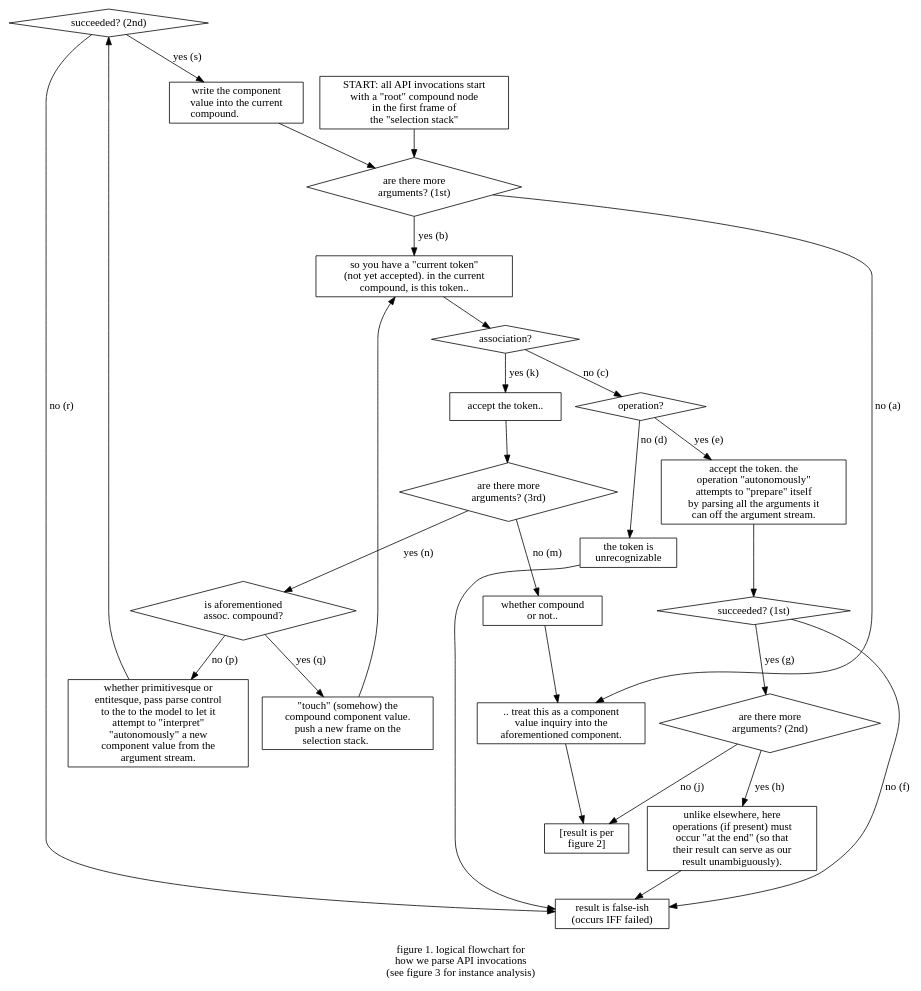
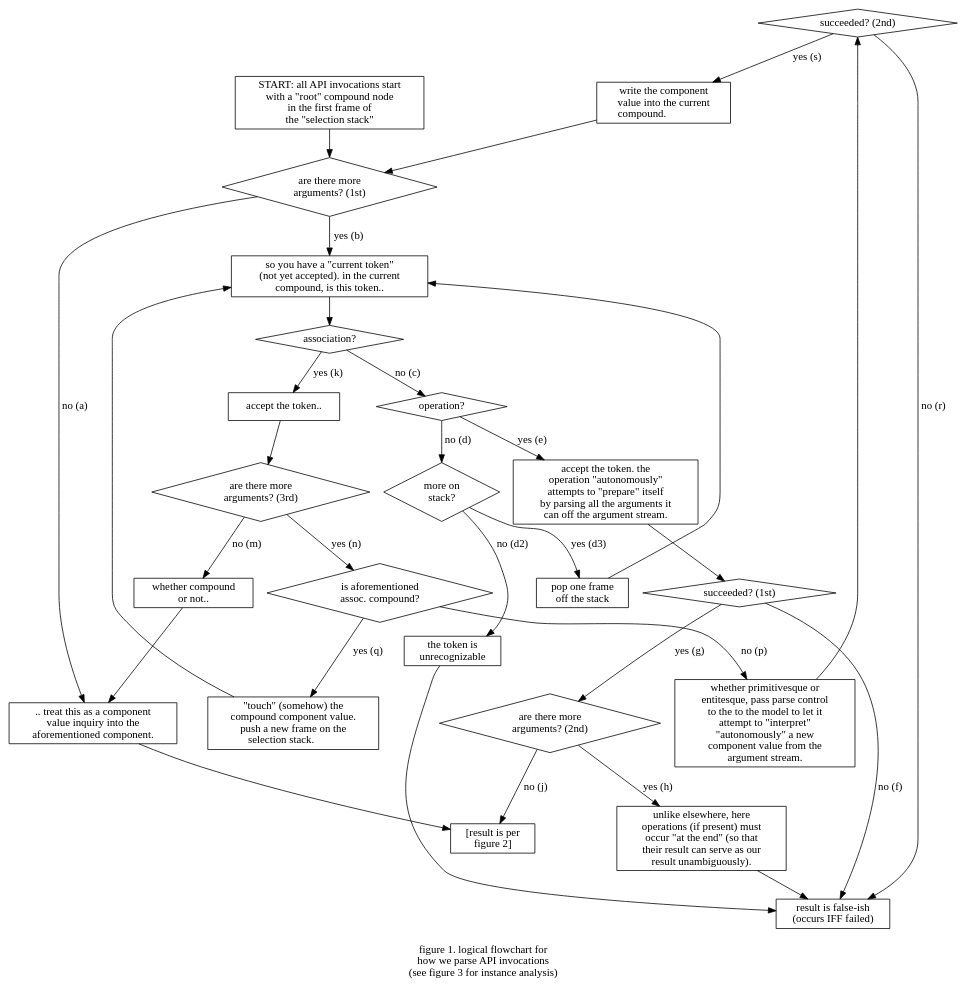
Before and after one commit to hipe/tmx: the diagram in zerk/doc/issues/012/figure-1-parsing-flowchart.dot, drawn with Graphviz. The commit also changed 3 other files, not shown here.

```diff
--- a/zerk/doc/issues/012/figure-1-parsing-flowchart.dot
+++ b/zerk/doc/issues/012/figure-1-parsing-flowchart.dot
@@ -1,116 +1,123 @@
 digraph g {
 
 edge [colorscheme=paired10]
 
 label="\nfigure 1. logical flowchart for
 how we parse API invocations
 (see figure 3 for instance analysis)
 "
 
 /* questions & associations */
 
 /* just go */
 
 state_extra_args_post_op->state_failed
 state_component_parse->ask_component_parse_succeed
 state_component->ama3
 state_compound_yes->state_more_arguments
 state_inquiry->state_succeeded
 state_more_arguments->ask_assoc
 state_operation->ask_arg_parse_succeeded
+state_stack->state_more_arguments
 state_start->ama1
 state_unrecognized->state_failed
 state_whether_compound->state_inquiry
 state_write->ama1
 
 /* no & yes (next letter: (t)) */
 
 ask_arg_parse_succeeded->state_failed [label="no (f)"]
 ask_arg_parse_succeeded->ama2 [label="yes (g)"]
 ask_assoc->ask_operation [label="no (c)"]
 ask_assoc->state_component [label="yes (k)"]
 ask_component_parse_succeed->state_failed [label="no (r)"]
 ask_component_parse_succeed->state_write [label="yes (s)"]
 ask_compound->state_component_parse [label="no (p)"]
 ask_compound->state_compound_yes [label="yes (q)"]
+ask_stack->state_stack [label="yes (d3)"]
+ask_stack->state_unrecognized [label="no (d2)"]
 ama1->state_more_arguments [label="yes (b)"]
 ama1->state_inquiry [label="no (a)"]
 ama2->state_succeeded [label="no (j)"]
 ama2->state_extra_args_post_op [label="yes (h)"]
 ama3->state_whether_compound[label="no (m)"]
 ama3->ask_compound [label="yes (n)"]
-ask_operation->state_unrecognized [label="no (d)"]
+ask_operation->ask_stack [label="no (d)"]
 ask_operation->state_operation [label="yes (e)"]
 
 /* asks */
 
 ask_arg_parse_succeeded [shape=diamond label="succeeded? (1st)"]
 ask_assoc [shape=diamond label="association?"]
 ask_component_parse_succeed [shape=diamond label="succeeded? (2nd)"]
 ask_compound [shape=diamond label="is aforementioned\nassoc. compound?"]
+ask_stack [shape=diamond label="more on\nstack?"]
 ama1 [shape=diamond label="are there more\narguments? (1st)"]
 ama2 [shape=diamond label="are there more\narguments? (2nd)"]
 ama3 [shape=diamond label="are there more\narguments? (3rd)"]
 ask_operation [shape=diamond label="operation?"]
 
 /* states */
 
 state_start [shape=rectangle label="START: all API invocations start
 with a \"root\" compound node
 in the first frame of
 the \"selection stack\""]
 
 state_component [shape=rectangle label="accept the token.."]
 
 state_component_parse [shape=rectangle label="whether primitivesque or
 entitesque, pass parse control
 to the to the model to let it
 attempt to \"interpret\" 
 \"autonomously\" a new
 component value from the
 argument stream."]
 
 state_compound_yes [shape=rectangle label="\"touch\" (somehow) the
 compound component value.
 push a new frame on the
 selection stack.         "]
 
 state_extra_args_post_op [shape=rectange label="unlike elsewhere, here
 operations (if present) must
 occur \"at the end\" (so that
 their result can serve as our
 result unambiguously)."]
 
 state_inquiry [shape=rectangle label=".. treat this as a component
 value inquiry into the
 aforementioned component."]
 
 state_more_arguments [shape=rectangle label="so you have a \"current token\"
 (not yet accepted). in the current
 compound, is this token.."]
 
 state_operation [shape=rectange label="accept the token. the
 operation \"autonomously\"
 attempts to \"prepare\" itself
 by parsing all the arguments it
 can off the argument stream."]
 
+state_stack [shape=rectangle label="pop one frame
+off the stack"]
+
 state_unrecognized [shape=rectangle label="the token is
 unrecognizable"]
 
 state_whether_compound [shape=rectange label="whether compound
 or not.."]
 
 state_write [shape=rectangle label="write the component
 value into the current
 compound.                "]
 
 /* -- */
 
 state_failed [shape=rectangle label="result is false-ish
 (occurs IFF failed)"]
 
 state_succeeded [shape=rectangle label="[result is per
 figure 2]"]
 
 }
```
